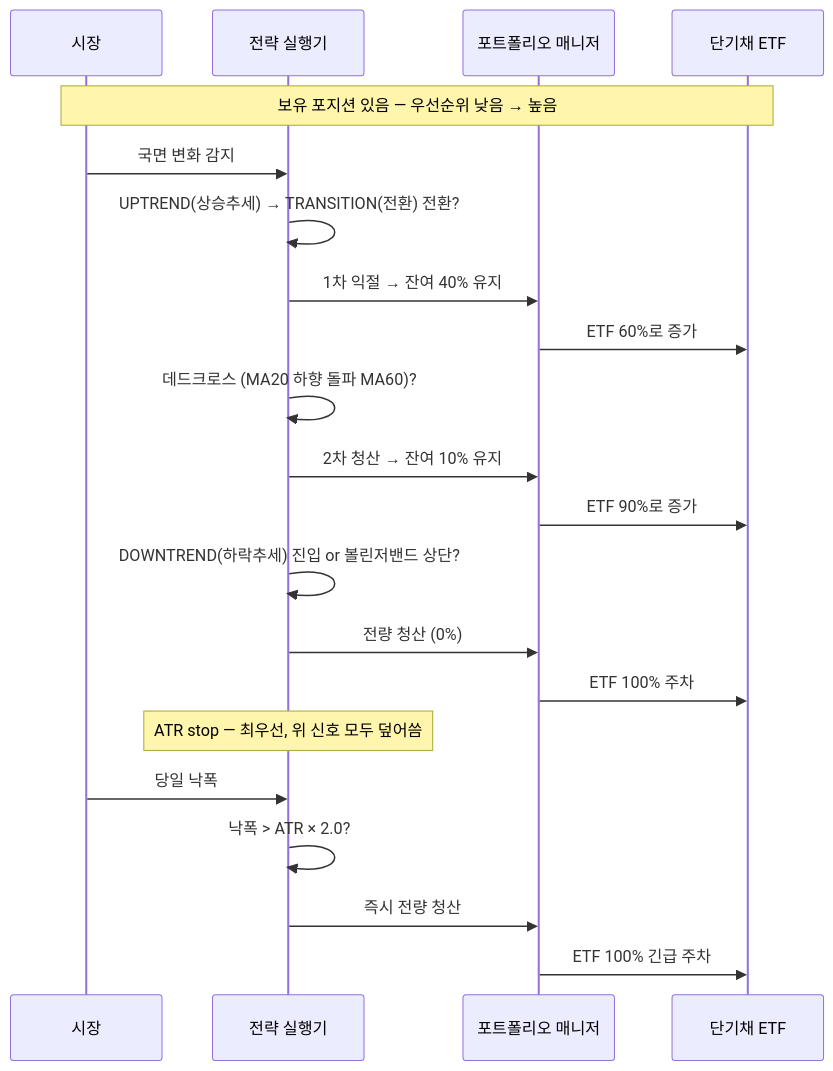
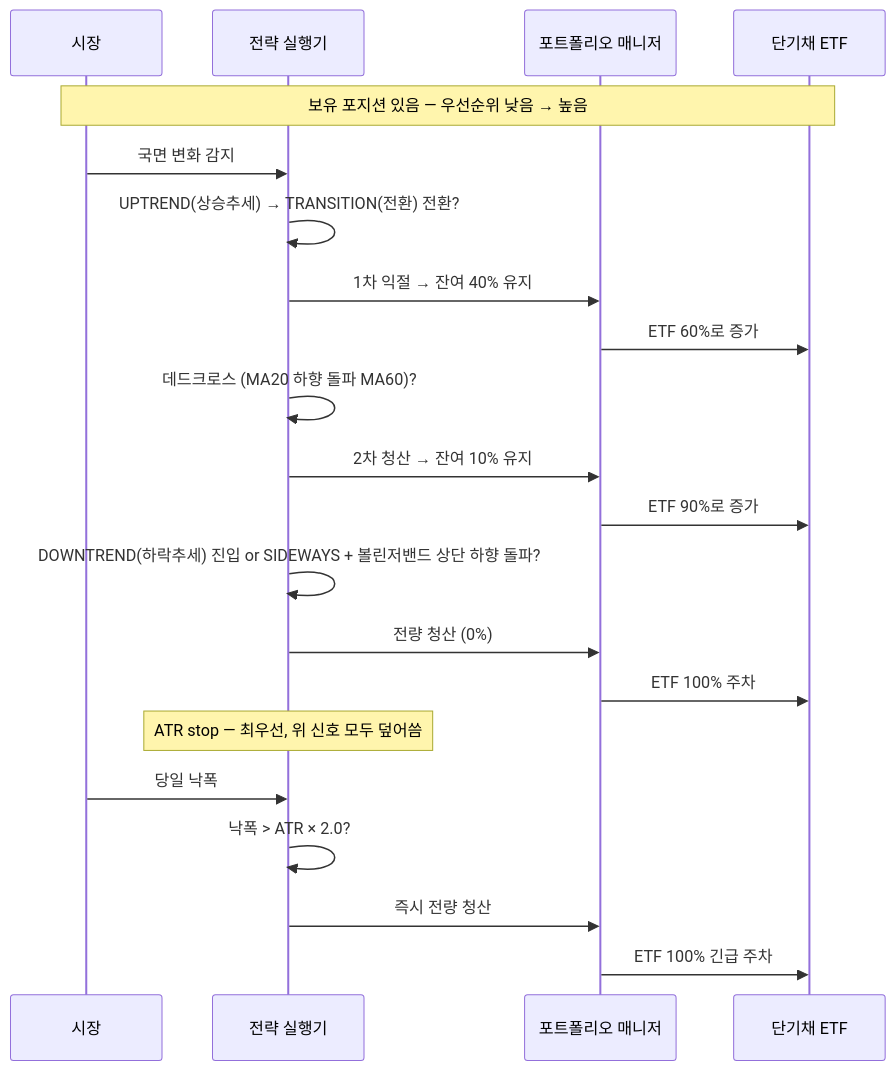
The third of 3 diagrams in analysis/analysis_good593/study_vectorbt/obsidian/투자성향/위험중립형_전략.md (techshin31/test_stock), drawn with Mermaid before and after one commit. The commit also changed other lines of this file and 5 other files, not shown here.

````diff
--- a/analysis/analysis_good593/study_vectorbt/obsidian/투자성향/위험중립형_전략.md
+++ b/analysis/analysis_good593/study_vectorbt/obsidian/투자성향/위험중립형_전략.md
@@ -170,29 +170,29 @@
 ```mermaid
 sequenceDiagram
     participant MKT as 시장
     participant SE  as 전략 실행기
     participant PM  as 포트폴리오 매니저
     participant ETF as 단기채 ETF
 
     Note over MKT,ETF: 보유 포지션 있음 — 우선순위 낮음 → 높음
 
     MKT->>SE: 국면 변화 감지
 
     SE->>SE: UPTREND(상승추세) → TRANSITION(전환) 전환?
     SE->>PM: 1차 익절 → 잔여 40% 유지
     PM->>ETF: ETF 60%로 증가
 
     SE->>SE: 데드크로스 (MA20 하향 돌파 MA60)?
     SE->>PM: 2차 청산 → 잔여 10% 유지
     PM->>ETF: ETF 90%로 증가
 
-    SE->>SE: DOWNTREND(하락추세) 진입 or 볼린저밴드 상단?
+    SE->>SE: DOWNTREND(하락추세) 진입 or SIDEWAYS + 볼린저밴드 상단 하향 돌파?
     SE->>PM: 전량 청산 (0%)
     PM->>ETF: ETF 100% 주차
 
     Note over SE: ATR stop — 최우선, 위 신호 모두 덮어씀
     MKT->>SE: 당일 낙폭
     SE->>SE: 낙폭 > ATR × 2.0?
     SE->>PM: 즉시 전량 청산
     PM->>ETF: ETF 100% 긴급 주차
 ```
````
